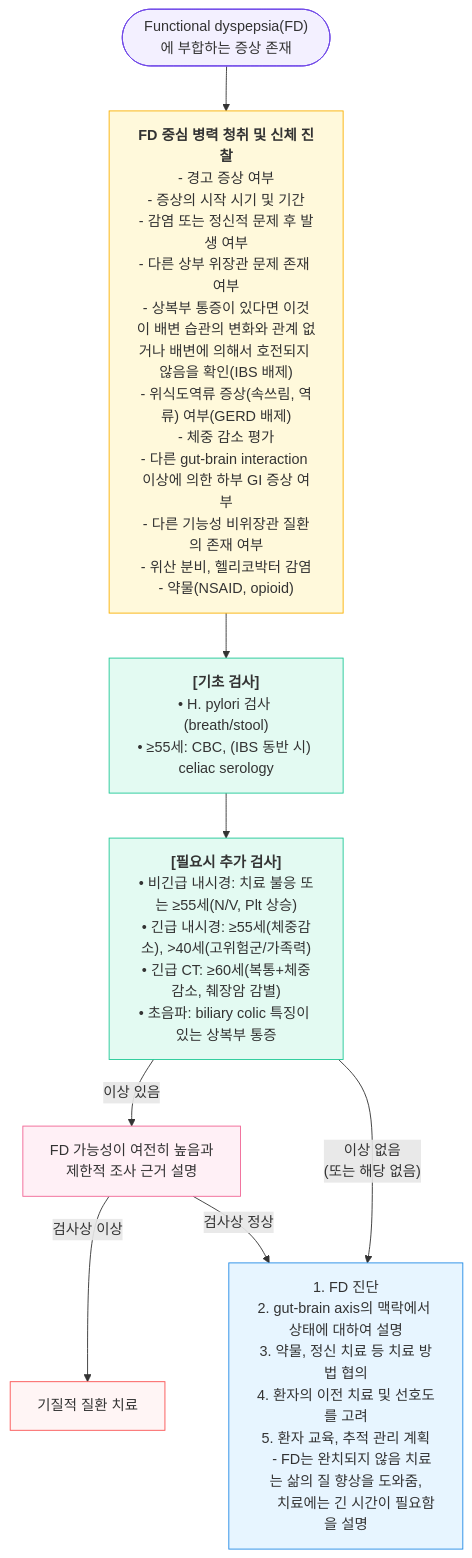
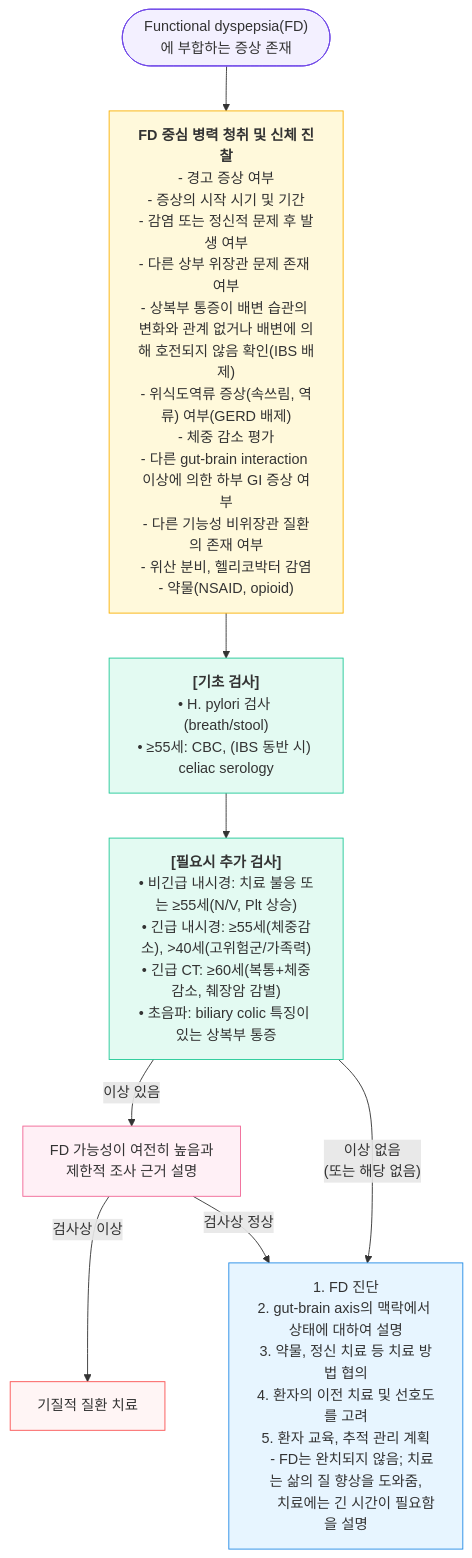
The diagram in 224_/076_-functional-dyspepsia-fd.md (familyoh77/familyoh77), drawn with Mermaid before and after one commit. The commit also changed other lines of this file, not shown here.

````diff
--- a/224_/076_-functional-dyspepsia-fd.md
+++ b/224_/076_-functional-dyspepsia-fd.md
@@ -92,51 +120,43 @@
 ```mermaid
 graph TD
-    %% 1단계: 증상 확인 및 병력 청취
     Start(["Functional dyspepsia(FD)에 부합하는 증상 존재"]) 
     --> History["<b>FD 중심 병력 청취 및 신체 진찰</b>
 - 경고 증상 여부
 - 증상의 시작 시기 및 기간
 - 감염 또는 정신적 문제 후 발생 여부
 - 다른 상부 위장관 문제 존재 여부
-- 상복부 통증이 있다면 이것이 배변 습관의 변화와 관계 없거나 배변에 의해서 호전되지 않음을 확인(IBS 배제)
+- 상복부 통증이 배변 습관의 변화와 관계 없거나 배변에 의해 호전되지 않음 확인(IBS 배제)
 - 위식도역류 증상(속쓰림, 역류) 여부(GERD 배제)
 - 체중 감소 평가
 - 다른 gut-brain interaction 이상에 의한 하부 GI 증상 여부
 - 다른 기능성 비위장관 질환의 존재 여부
 - 위산 분비, 헬리코박터 감염
 - 약물(NSAID, opioid)
 "]
 
-    %% 2단계: 검사 진행
     History --> Labs["<b>[기초 검사]</b><br/>• H. pylori 검사 (breath/stool)<br/>• ≥55세: CBC, (IBS 동반 시) celiac serology"]
     
     Labs --> AddTest["<b>[필요시 추가 검사]</b><br/>• 비긴급 내시경: 치료 불응 또는 ≥55세(N/V, Plt 상승)<br/>• 긴급 내시경: ≥55세(체중감소), >40세(고위험군/가족력)<br/>• 긴급 CT: ≥60세(복통+체중감소, 췌장암 감별)<br/>• 초음파: biliary colic 특징이 있는 상복부 통증"]
 
-    %% 3단계: 결과 판단
-    
     AddTest -- "이상 있음" --> Expl["FD 가능성이 여전히 높음과<br/>제한적 조사 근거 설명"]
     
     Expl -- "검사상 이상" --> Organic["기질적 질환 치료"]
-    Expl -- "검사상 정상" 
-    --> FD_Diag["1. FD 진단
+    Expl -- "검사상 정상" --> FD_Diag["1. FD 진단
 2. gut-brain axis의 맥락에서 상태에 대하여 설명
 3. 약물, 정신 치료 등 치료 방법 협의
 4. 환자의 이전 치료 및 선호도를 고려
 5. 환자 교육, 추적 관리 계획
-   - FD는 완치되지 않음 치료는 삶의 질 향상을 도와줌,
+   - FD는 완치되지 않음; 치료는 삶의 질 향상을 도와줌,
      치료에는 긴 시간이 필요함을 설명
 "]
     
     AddTest -- "이상 없음<br/>(또는 해당 없음)" --> FD_Diag
 
-
-
-    %% 스타일 설정
     style Start fill:#f3f0ff,stroke:#7048e8
     style History fill:#fff9db,stroke:#fab005
     style Labs fill:#e3faf2,stroke:#20c997
     style AddTest fill:#e3faf2,stroke:#20c997
     style Expl fill:#fff0f6,stroke:#f06595
     style FD_Diag fill:#e7f5ff,stroke:#228be6
     style Organic fill:#fff5f5,stroke:#fa5252
 ```
````
